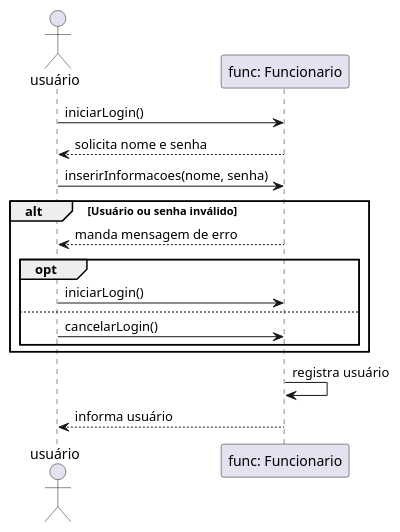
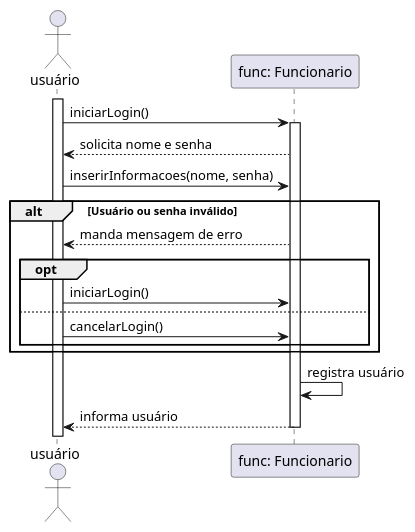
Before and after one commit to tikaradate/CI1163-Design_de_Software: the diagram in casos_de_uso/caso-4/4-DS.plantuml, drawn with PlantUML. The commit also changed 3 other files, not shown here.

```diff
--- a/casos_de_uso/caso-4/4-DS.plantuml
+++ b/casos_de_uso/caso-4/4-DS.plantuml
@@ -1,22 +1,25 @@
 @startuml
 
 actor usuário
 Participant "func: Funcionario" as funcionario
 
+activate usuário
 usuário -> funcionario: iniciarLogin()
+activate funcionario
 funcionario --> usuário : solicita nome e senha
 usuário -> funcionario : inserirInformacoes(nome, senha)
 alt Usuário ou senha inválido
     funcionario --> usuário: manda mensagem de erro
     opt
         usuário -> funcionario : iniciarLogin()
     else
         usuário -> funcionario : cancelarLogin()
     end
 end 
 
 funcionario -> funcionario : registra usuário
 usuário <-- funcionario : informa usuário
+deactivate funcionario
 
 
 @enduml
```
